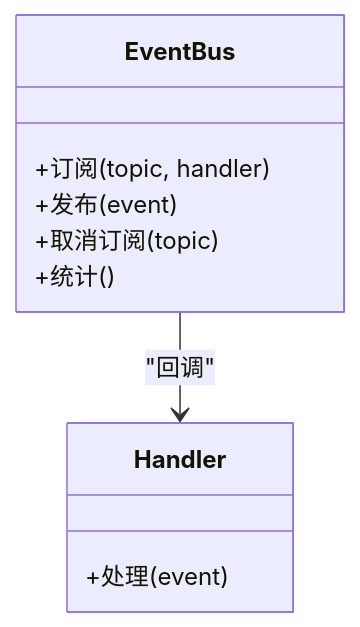
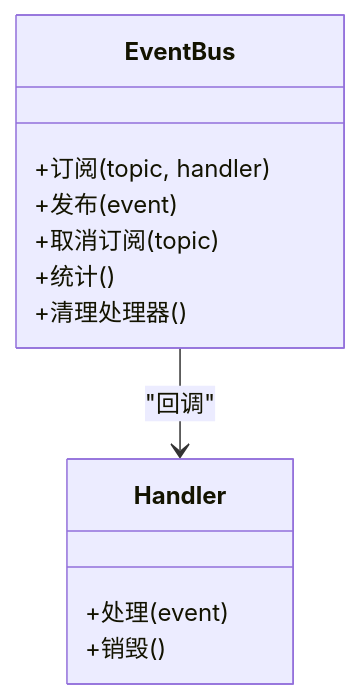
Before and after one commit to Ivandanslespace/thegreatnovel: the seventh of 12 diagrams in .qoder/repowiki/zh/content/运行时系统/运行时核心.md, drawn with Mermaid. The commit also changed other lines of this file and 64 other files, not shown here.

````diff
--- a/.qoder/repowiki/zh/content/运行时系统/运行时核心.md
+++ b/.qoder/repowiki/zh/content/运行时系统/运行时核心.md
@@ -317,13 +355,15 @@
 ```mermaid
 classDiagram
 class EventBus {
 +订阅(topic, handler)
 +发布(event)
 +取消订阅(topic)
 +统计()
++清理处理器()
 }
 class Handler {
 +处理(event)
++销毁()
 }
 EventBus --> Handler : "回调"
 ```
````
